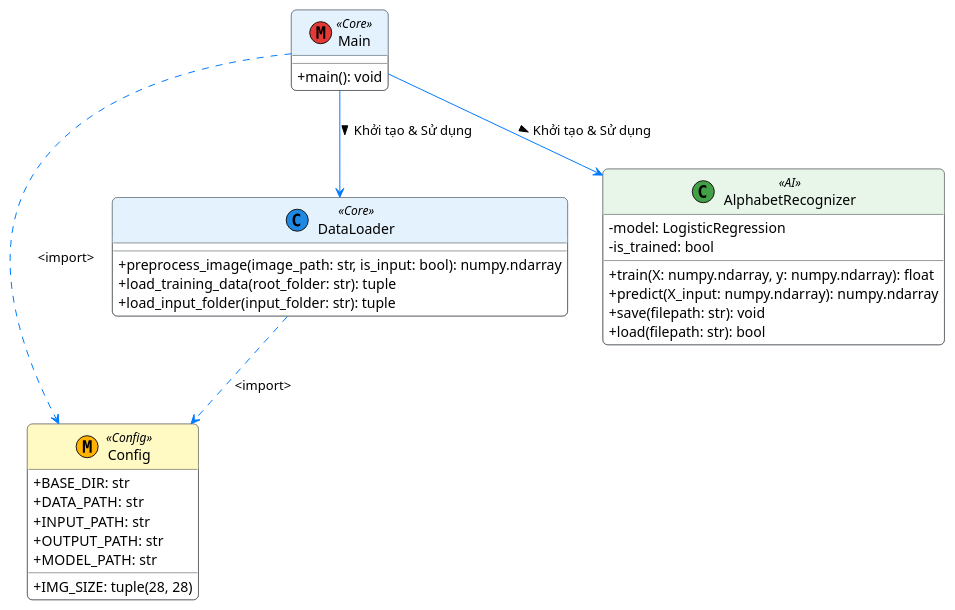
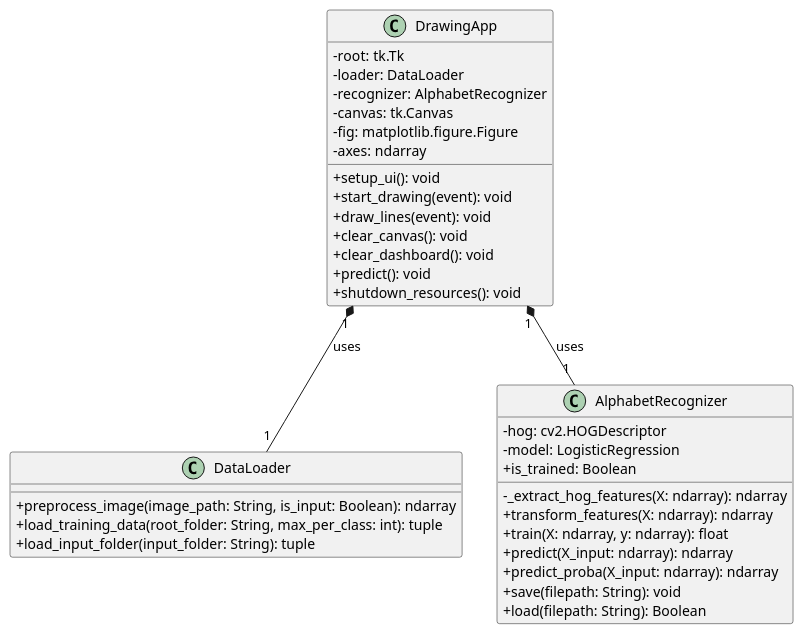
One commit to DucAnh1302/Alphabet-Recognition changed the diagram in Diagram/ClassDiagram.pu. Above: the diagram before and after it, drawn with PlantUML. The commit also changed 6 other files, not shown here.

Commit message:
Update Diagram

```diff
--- a/Diagram/ClassDiagram.pu
+++ b/Diagram/ClassDiagram.pu
@@ -1,48 +1,41 @@
-@startuml ClassDiagram
+@startuml Class Diagram
 skinparam classAttributeIconSize 0
-skinparam roundcorner 10
-skinparam defaultFontName Arial
 
-skinparam class {
-    BackgroundColor #FFFFFF
-    BorderColor #343A40
-    ArrowColor #007BFF
-    
-    HeaderBackgroundColor<<Config>> #FFF9C4
-    HeaderBackgroundColor<<Core>> #E3F2FD
-    HeaderBackgroundColor<<AI>> #E8F5E9
+class DataLoader {
+  + preprocess_image(image_path: String, is_input: Boolean): ndarray
+  + load_training_data(root_folder: String, max_per_class: int): tuple
+  + load_input_folder(input_folder: String): tuple
 }
 
-class Config << (M, #FFB300) Config >> {
-    + IMG_SIZE: tuple(28, 28)
-    + BASE_DIR: str
-    + DATA_PATH: str
-    + INPUT_PATH: str
-    + OUTPUT_PATH: str
-    + MODEL_PATH: str
+class AlphabetRecognizer {
+  - hog: cv2.HOGDescriptor
+  - model: LogisticRegression
+  + is_trained: Boolean
+  - _extract_hog_features(X: ndarray): ndarray
+  + transform_features(X: ndarray): ndarray
+  + train(X: ndarray, y: ndarray): float
+  + predict(X_input: ndarray): ndarray
+  + predict_proba(X_input: ndarray): ndarray
+  + save(filepath: String): void
+  + load(filepath: String): Boolean
 }
 
-class DataLoader << (C, #1E88E5) Core >> {
-    + preprocess_image(image_path: str, is_input: bool): numpy.ndarray
-    + load_training_data(root_folder: str): tuple
-    + load_input_folder(input_folder: str): tuple
+class DrawingApp {
+  - root: tk.Tk
+  - loader: DataLoader
+  - recognizer: AlphabetRecognizer
+  - canvas: tk.Canvas
+  - fig: matplotlib.figure.Figure
+  - axes: ndarray
+  + setup_ui(): void
+  + start_drawing(event): void
+  + draw_lines(event): void
+  + clear_canvas(): void
+  + clear_dashboard(): void
+  + predict(): void
+  + shutdown_resources(): void
 }
 
-class AlphabetRecognizer << (C, #43A047) AI >> {
-    - model: LogisticRegression
-    - is_trained: bool
-    + train(X: numpy.ndarray, y: numpy.ndarray): float
-    + predict(X_input: numpy.ndarray): numpy.ndarray
-    + save(filepath: str): void
-    + load(filepath: str): bool
-}
-
-class Main << (M, #E53935) Core >> {
-    + main(): void
-}
-
-Main --> DataLoader : Khởi tạo & Sử dụng >
-Main --> AlphabetRecognizer : Khởi tạo & Sử dụng >
-DataLoader ..> Config : <import>
-Main ..> Config : <import>
+DrawingApp "1" *-- "1" DataLoader : uses
+DrawingApp "1" *-- "1" AlphabetRecognizer : uses
 @enduml
```
